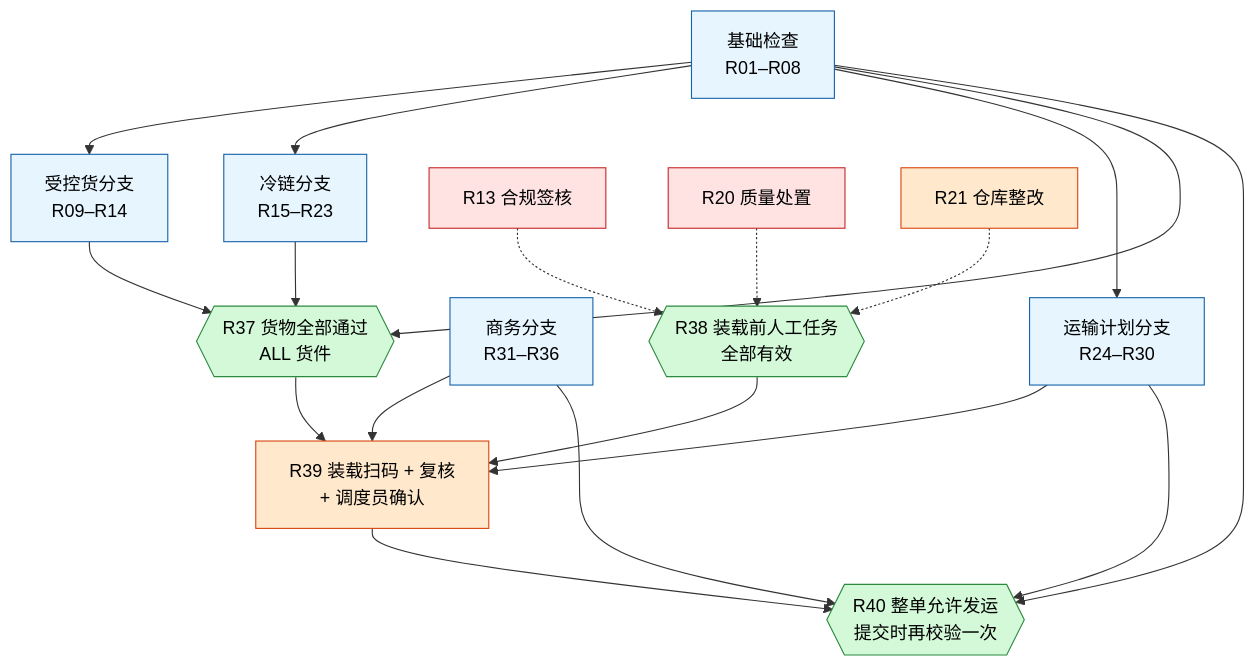
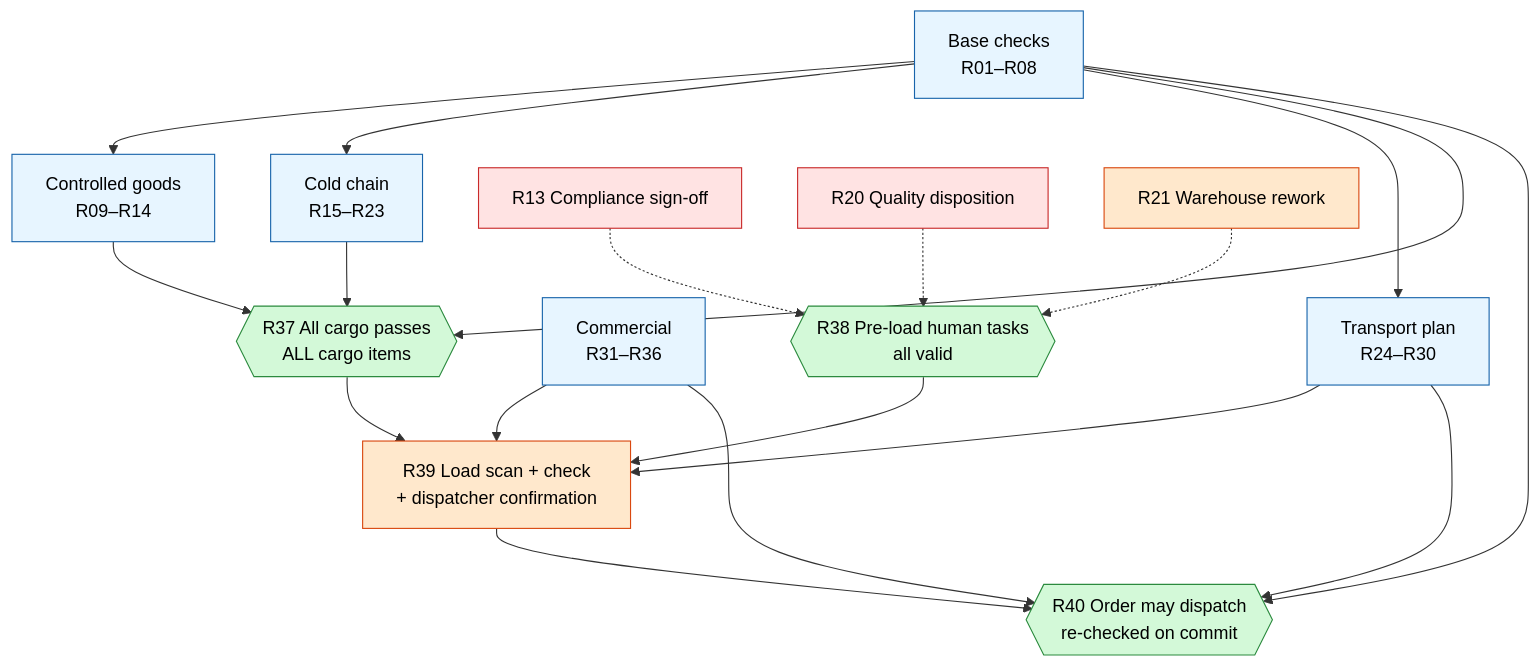
One commit to ClydeShen/durable-jev changed the first of 4 diagrams in docs/business-rules-map.md. Above: the diagram before and after it, drawn with Mermaid. The commit also changed other lines of this file, not shown here.

````diff
--- a/docs/business-rules-map.md
+++ b/docs/business-rules-map.md
@@ -16,37 +16,37 @@
 ```mermaid
 flowchart TD
-    BASE["基础检查<br/>R01–R08"]
-    BASE --> CTRL["受控货分支<br/>R09–R14"]
-    BASE --> COLD["冷链分支<br/>R15–R23"]
-    BASE --> PLAN["运输计划分支<br/>R24–R30"]
-    COM["商务分支<br/>R31–R36"]
+    BASE["Base checks<br/>R01–R08"]
+    BASE --> CTRL["Controlled goods<br/>R09–R14"]
+    BASE --> COLD["Cold chain<br/>R15–R23"]
+    BASE --> PLAN["Transport plan<br/>R24–R30"]
+    COM["Commercial<br/>R31–R36"]
 
-    CTRL --> R37{{"R37 货物全部通过<br/>ALL 货件"}}
+    CTRL --> R37{{"R37 All cargo passes<br/>ALL cargo items"}}
     COLD --> R37
     BASE --> R37
 
-    R13h["R13 合规签核"] -.-> R38
-    R20h["R20 质量处置"] -.-> R38
-    R21h["R21 仓库整改"] -.-> R38
-    R38{{"R38 装载前人工任务<br/>全部有效"}}
+    R13h["R13 Compliance sign-off"] -.-> R38
+    R20h["R20 Quality disposition"] -.-> R38
+    R21h["R21 Warehouse rework"] -.-> R38
+    R38{{"R38 Pre-load human tasks<br/>all valid"}}
 
     PLAN --> R39
     COM --> R39
     R37 --> R39
     R38 --> R39
-    R39["R39 装载扫码 + 复核<br/>+ 调度员确认"]
+    R39["R39 Load scan + check<br/>+ dispatcher confirmation"]
 
-    R39 --> R40{{"R40 整单允许发运<br/>提交时再校验一次"}}
+    R39 --> R40{{"R40 Order may dispatch<br/>re-checked on commit"}}
     BASE --> R40
     PLAN --> R40
     COM --> R40
 
     classDef gate fill:#d3f9d8,stroke:#2b8a3e,color:#000
     classDef approval fill:#ffe3e3,stroke:#c92a2a,color:#000
     classDef operation fill:#ffe8cc,stroke:#d9480f,color:#000
     classDef branch fill:#e7f5ff,stroke:#1864ab,color:#000
     class R37,R38,R40 gate
     class R13h,R20h approval
     class R21h,R39 operation
     class BASE,CTRL,COLD,PLAN,COM branch
 ```
````
